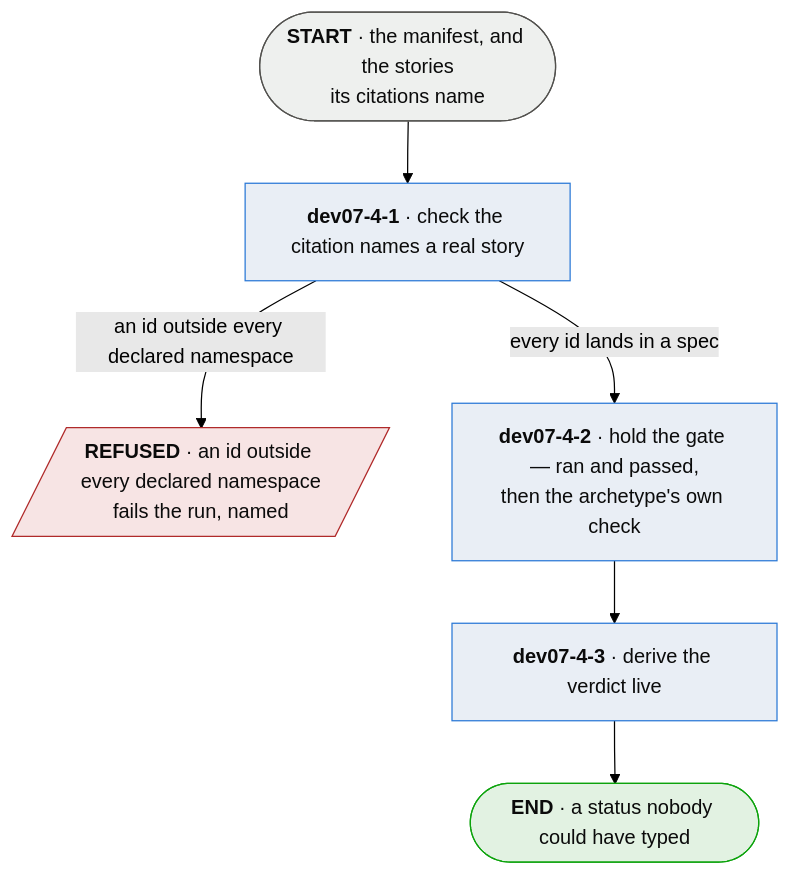
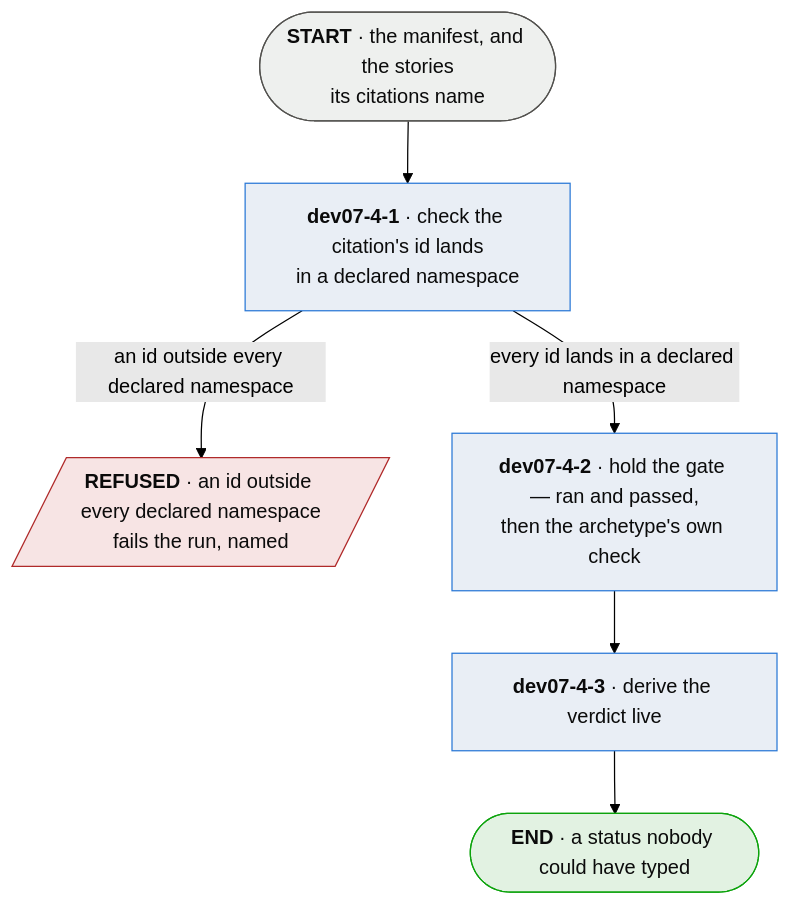
Before and after one commit to plumbspec/plumb: the diagram in spec/diagrams/dev07-4-decide-whether-it-is-proven.md, drawn with Mermaid (forest theme). The commit also changed other lines of this file and 54 other files, not shown here.

Commit message:
spec: no conversion diaries, measurements or status in the chapters (38a90ca) spec: one word per thing, constraints not arguments, one home each (f656fce) spec: one tree under developer-day, every file named for its step (c7c722b)

````diff
--- a/spec/diagrams/dev07-4-decide-whether-it-is-proven.md
+++ b/spec/diagrams/dev07-4-decide-whether-it-is-proven.md
@@ -9,21 +9,21 @@
 ```mermaid
 flowchart TD
     IN([<b>START</b> · the manifest, and the stories<br/>its citations name]):::terminal
 
-    NAMES[<b>dev07-4-1</b> · check the citation names a real story]:::process
+    NAMES[<b>dev07-4-1</b> · check the citation's id lands<br/>in a declared namespace]:::process
     REFUSED[/<b>REFUSED</b> · an id outside every declared namespace<br/>fails the run, named/]:::bad
     GATE[<b>dev07-4-2</b> · hold the gate — ran and passed,<br/>then the archetype's own check]:::process
     VERDICT[<b>dev07-4-3</b> · derive the verdict live]:::process
 
     OUT([<b>END</b> · a status nobody could have typed]):::good
 
     IN --> NAMES
     NAMES -->|"an id outside every declared namespace"| REFUSED
-    NAMES -->|"every id lands in a spec"| GATE
+    NAMES -->|"every id lands in a declared namespace"| GATE
     GATE --> VERDICT --> OUT
 
     classDef terminal fill:#eef0ee,stroke:#52514e,color:#0b0b0b;
     classDef process fill:#e9eef5,stroke:#2a78d6,color:#0b0b0b;
     classDef bad fill:#f7e4e4,stroke:#b02a2a,color:#0b0b0b;
     classDef good fill:#e2f2e2,stroke:#0ca30c,color:#0b0b0b;
 ```
````
